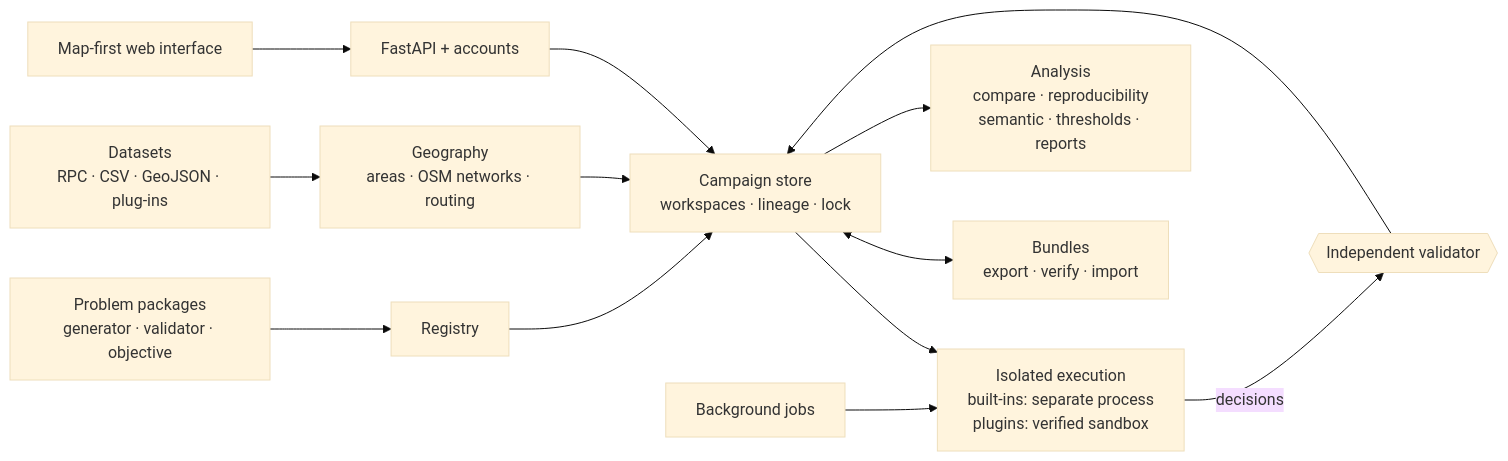
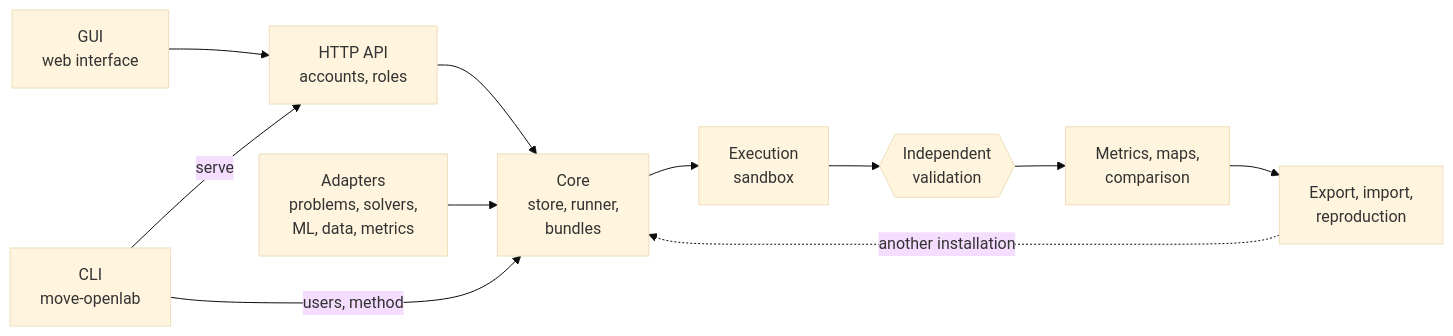
Before and after one commit to OkbaBenatia/move-openlab-framework: the diagram in README.md, drawn with Mermaid (base theme). The commit also changed other lines of this file and 248 other files, not shown here.

First line of the commit message:
release: MOVE OpenLab 0.3.0 — restricted problems, study views, result views, ML evaluation, participant authoring, plug-in onboarding, sample packages; Apache-2.0

````diff
--- a/README.md
+++ b/README.md
@@ -189,13 +98,13 @@
 ```mermaid
 flowchart LR
-  P[Problem packages<br/>generator · validator · objective] --> R[Registry]
-  R --> S[Campaign store<br/>workspaces · lineage · lock]
-  S --> X[Isolated execution<br/>built-ins: separate process<br/>plugins: verified sandbox]
-  X -->|decisions| V{{Independent validator}} --> S
-  S <--> B[Bundles<br/>export · verify · import]
-  S --> A[Analysis<br/>compare · reproducibility<br/>semantic · thresholds · reports]
-  G[Geography<br/>areas · OSM networks · routing] --> S
-  D[Datasets<br/>RPC · CSV · GeoJSON · plug-ins] --> G
-  J[Background jobs] --> X
-  UI[Map-first web interface] --> API[FastAPI + accounts] --> S
+  GUI["GUI<br/>web interface"] --> API["HTTP API<br/>accounts, roles"]
+  CLI["CLI<br/>move-openlab"] -->|"serve"| API
+  CLI -->|"users, method"| CORE
+  API --> CORE["Core<br/>store, runner,<br/>bundles"]
+  AD["Adapters<br/>problems, solvers,<br/>ML, data, metrics"] --> CORE
+  CORE --> RUN["Execution<br/>sandbox"]
+  RUN --> V{{"Independent<br/>validation"}}
+  V --> OUT["Metrics, maps,<br/>comparison"]
+  OUT --> EX["Export, import,<br/>reproduction"]
+  EX -.->|"another installation"| CORE
 ```
````
